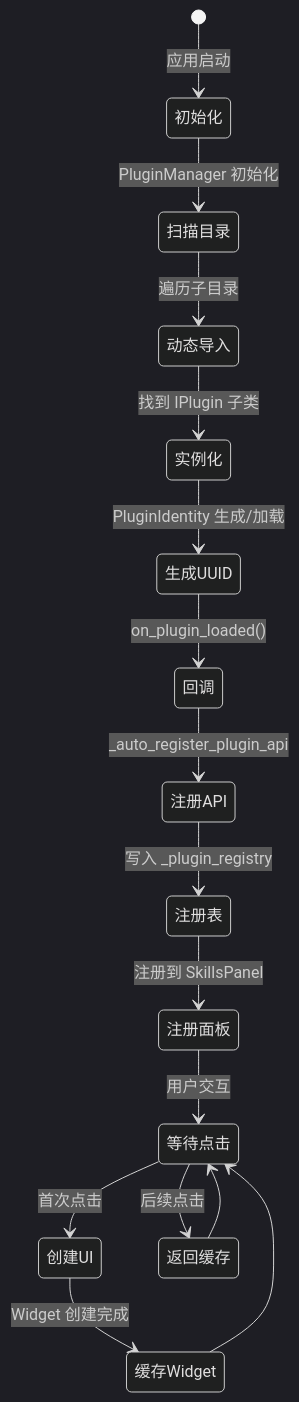
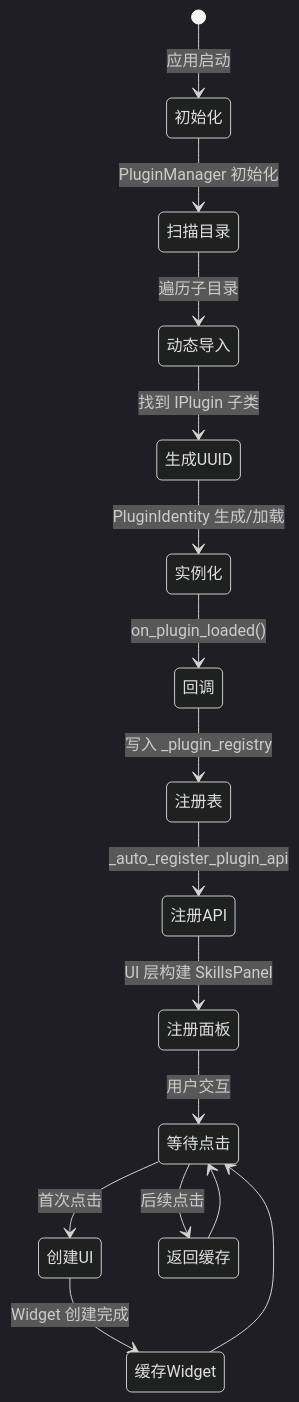
Before and after one commit to KKPIP-Tech/InstructionX: the sixth of 6 diagrams in docs/core/plugin-system/overview.md, drawn with Mermaid (dark theme). The commit also changed other lines of this file and 35 other files, not shown here.

````diff
--- a/docs/core/plugin-system/overview.md
+++ b/docs/core/plugin-system/overview.md
@@ -315,18 +323,18 @@
 ```mermaid
 stateDiagram-v2
     [*] --> 初始化: 应用启动
     初始化 --> 扫描目录: PluginManager 初始化
     扫描目录 --> 动态导入: 遍历子目录
-    动态导入 --> 实例化: 找到 IPlugin 子类
-    实例化 --> 生成UUID: PluginIdentity 生成/加载
-    生成UUID --> 回调: on_plugin_loaded()
-    回调 --> 注册API: _auto_register_plugin_api
-    注册API --> 注册表: 写入 _plugin_registry
-    注册表 --> 注册面板: 注册到 SkillsPanel
+    动态导入 --> 生成UUID: 找到 IPlugin 子类
+    生成UUID --> 实例化: PluginIdentity 生成/加载
+    实例化 --> 回调: on_plugin_loaded()
+    回调 --> 注册表: 写入 _plugin_registry
+    注册表 --> 注册API: _auto_register_plugin_api
+    注册API --> 注册面板: UI 层构建 SkillsPanel
     注册面板 --> 等待点击: 用户交互
     等待点击 --> 创建UI: 首次点击
     等待点击 --> 返回缓存: 后续点击
     创建UI --> 缓存Widget: Widget 创建完成
     缓存Widget --> 等待点击
     返回缓存 --> 等待点击
 ```
````
